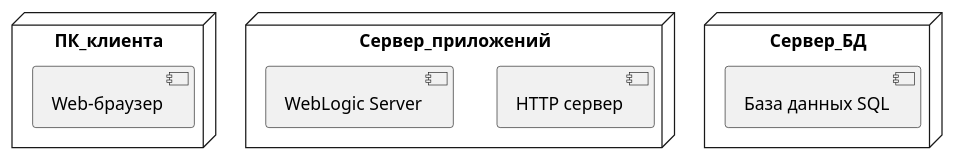
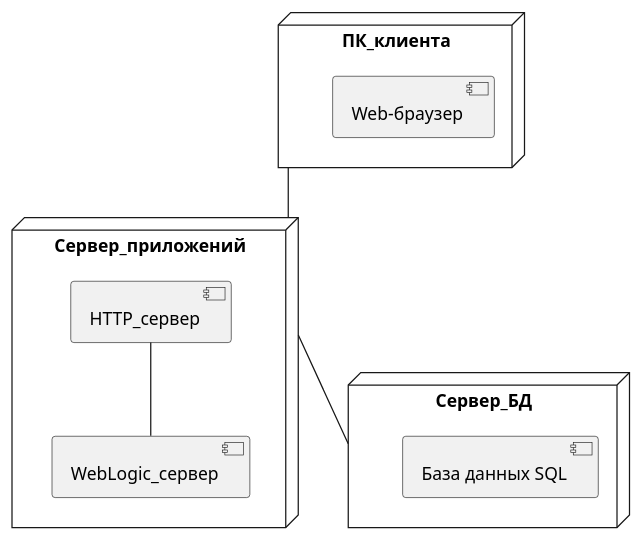
The diagram in lab2/dr.puml (ksu9999/TMP), drawn with PlantUML before and after one commit. The commit also changed 2 other files, not shown here.

```diff
--- a/lab2/dr.puml
+++ b/lab2/dr.puml
@@ -1,12 +1,15 @@
 @startuml
 node ПК_клиента{
 [Web-браузер]
 }
 node Сервер_приложений{
-[HTTP сервер]
-[WebLogic Server]
+[HTTP_сервер]
+[WebLogic_сервер]
 }
 node Сервер_БД{
 [База данных SQL]
 }
+ПК_клиента -- Сервер_приложений 
+Сервер_приложений -- Сервер_БД
+HTTP_сервер -- WebLogic_сервер
 @enduml
```
